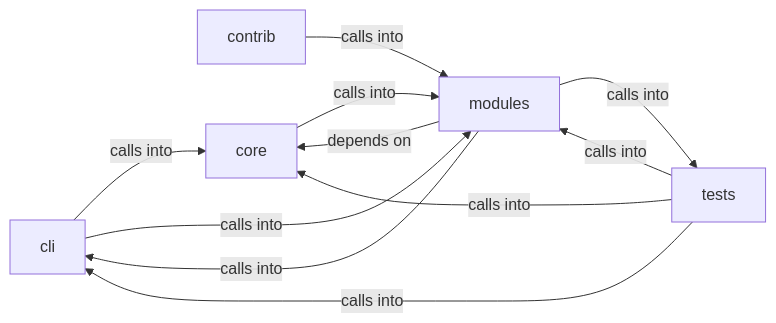
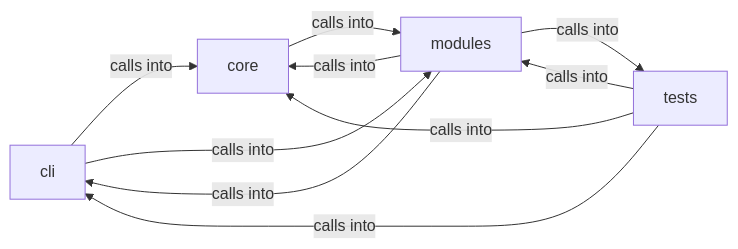
One commit to grisuno/LazyOwn changed the diagram in readmenator-diagrams/modules_lazy_loop.md. Above: the diagram before and after it, drawn with Mermaid. The commit also changed other lines of this file and 257 other files, not shown here.

````diff
--- a/readmenator-diagrams/modules_lazy_loop.md
+++ b/readmenator-diagrams/modules_lazy_loop.md
@@ -5,18 +5,16 @@
 ```mermaid
 graph LR
     cli["cli"]
-    contrib["contrib"]
     core["core"]
     modules["modules"]
     tests["tests"]
     cli -- "calls into" --> core
     cli -- "calls into" --> modules
-    contrib -- "calls into" --> modules
     core -- "calls into" --> modules
     modules -- "calls into" --> cli
-    modules -- "depends on" --> core
+    modules -- "calls into" --> core
     modules -- "calls into" --> tests
     tests -- "calls into" --> cli
     tests -- "calls into" --> core
     tests -- "calls into" --> modules
 ```
````
